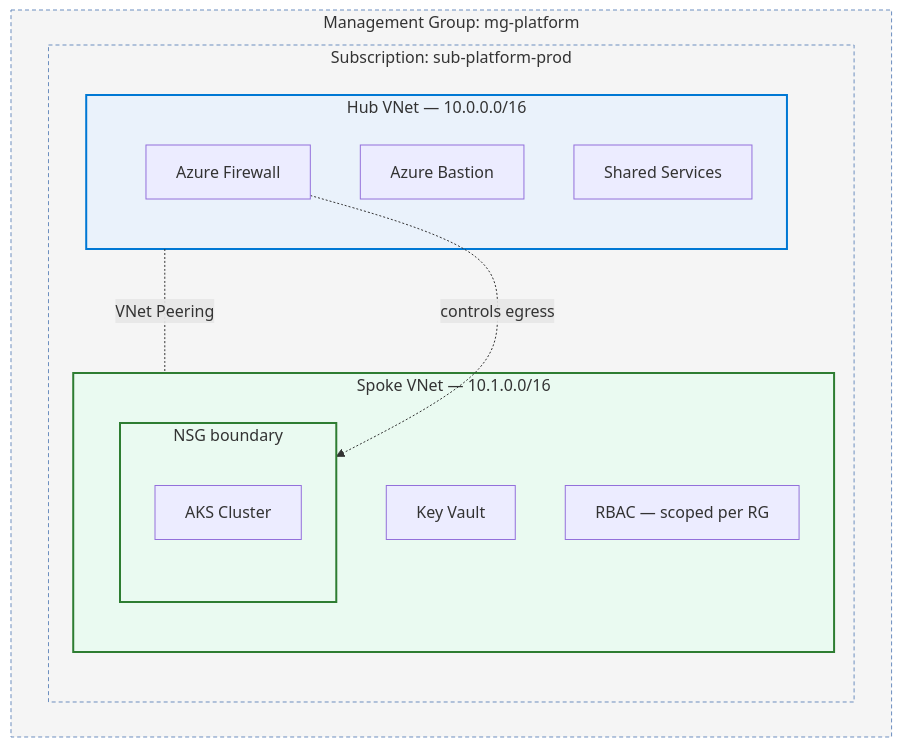
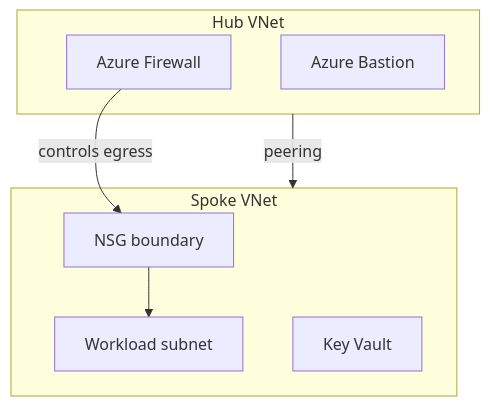
The first of 3 diagrams in README.md (aniket-devop/aniket-devop), drawn with Mermaid before and after one commit. The commit also changed other lines of this file, not shown here.

````diff
--- a/README.md
+++ b/README.md
@@ -96,29 +51,15 @@
 ```mermaid
 flowchart TB
-    subgraph MG["Management Group: mg-platform"]
-        subgraph SUB["Subscription: sub-platform-prod"]
-            subgraph HUB["Hub VNet — 10.0.0.0/16"]
-                FW["Azure Firewall"]
-                BASTION["Azure Bastion"]
-                SHARED["Shared Services"]
-            end
-            subgraph SPOKE["Spoke VNet — 10.1.0.0/16"]
-                subgraph NSGB["NSG boundary"]
-                    AKSC["AKS Cluster"]
-                end
-                KV["Key Vault"]
-                RBAC["RBAC — scoped per RG"]
-            end
-        end
+    subgraph HUB["Hub VNet"]
+        FW["Azure Firewall"]
+        BAS["Azure Bastion"]
     end
-
-    HUB -.VNet Peering.- SPOKE
-    FW -."controls egress".-> NSGB
-
-    classDef hub fill:#eaf2fb,stroke:#0078D4,stroke-width:2px
-    classDef spoke fill:#eafaf1,stroke:#2e7d32,stroke-width:2px
-    classDef mg fill:#f5f5f5,stroke:#6c8ebf,stroke-width:1px,stroke-dasharray: 4 3
-    class HUB hub
-    class SPOKE,NSGB spoke
-    class MG,SUB mg
+    subgraph SPOKE["Spoke VNet"]
+        NSG["NSG boundary"]
+        WORKLOAD["Workload subnet"]
+        KV["Key Vault"]
+    end
+    HUB -- peering --> SPOKE
+    FW -- "controls egress" --> NSG
+    NSG --> WORKLOAD
 ```
````
